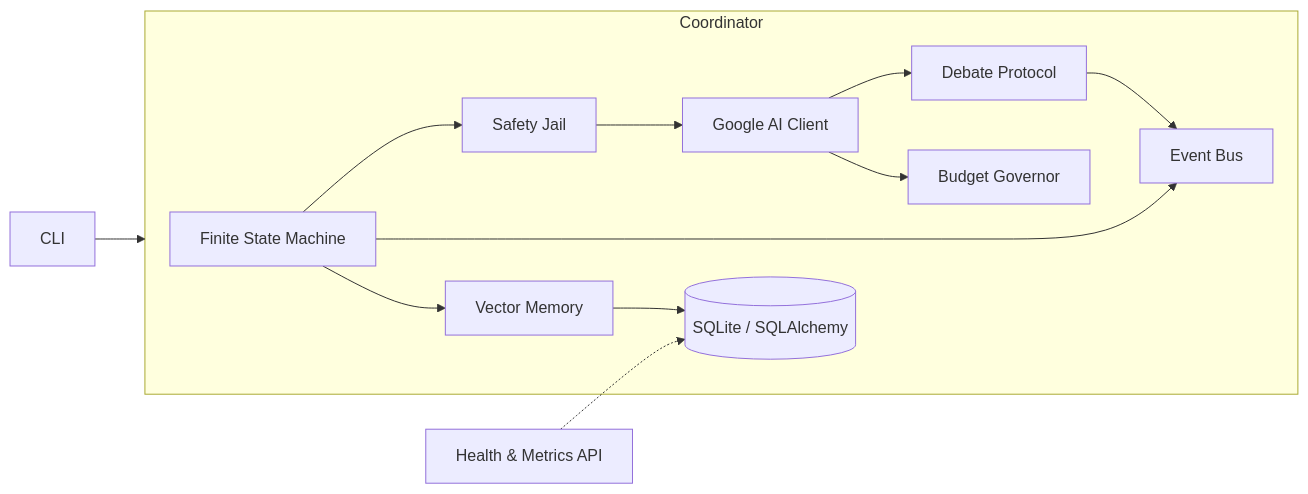
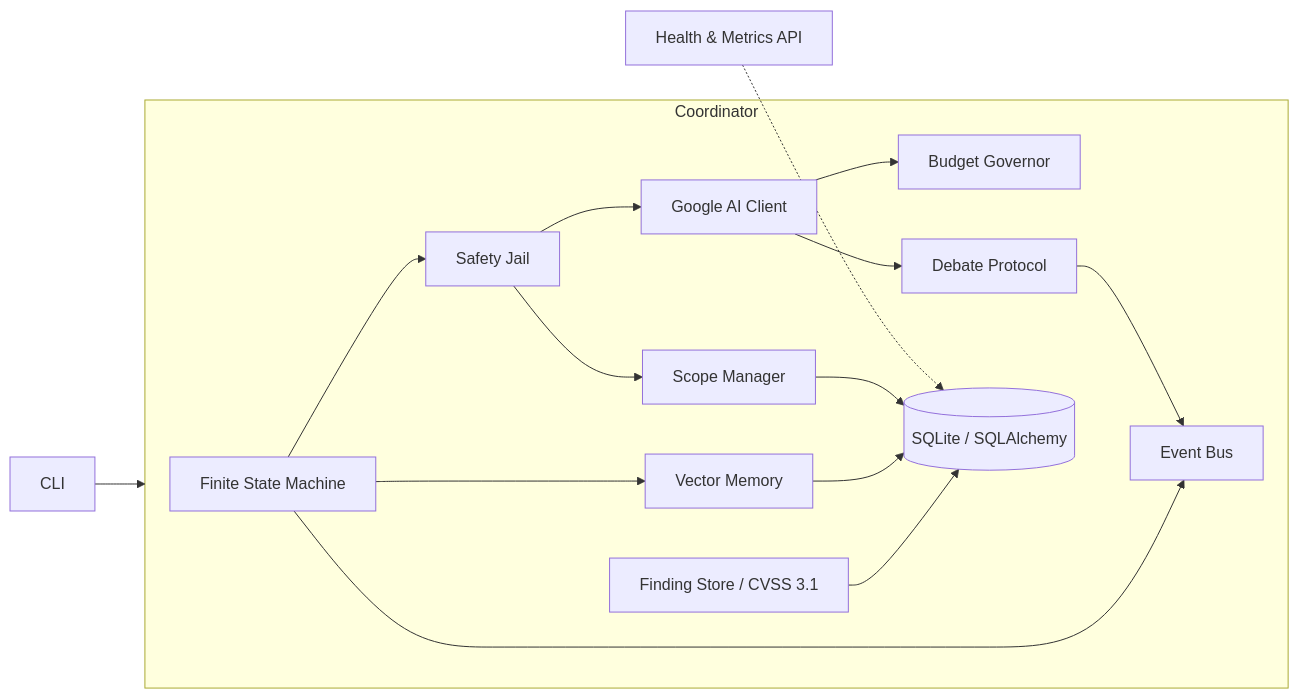
Before and after one commit to nyadaryt5/Hacks: the diagram in README.md, drawn with Mermaid. The commit also changed other lines of this file and 4 other files, not shown here.

````diff
--- a/README.md
+++ b/README.md
@@ -48,22 +60,27 @@
 ```mermaid
 flowchart LR
     subgraph Coordinator
         FSM[Finite State Machine]
         BUS[Event Bus]
         MEM[Vector Memory]
         BUDGET[Budget Governor]
         LLM[Google AI Client]
         DEBATE[Debate Protocol]
         JAIL[Safety Jail]
+        SCOPE[Scope Manager]
+        FINDINGS[Finding Store / CVSS 3.1]
         DB[(SQLite / SQLAlchemy)]
     end
     FSM --> MEM
     FSM --> BUS
     LLM --> BUDGET
     LLM --> DEBATE
     DEBATE --> BUS
     FSM --> JAIL --> LLM
+    JAIL --> SCOPE
+    FINDINGS --> DB
     MEM --> DB
+    SCOPE --> DB
     API[Health & Metrics API] -.-> DB
     CLI[CLI] --> Coordinator
 ```
````
